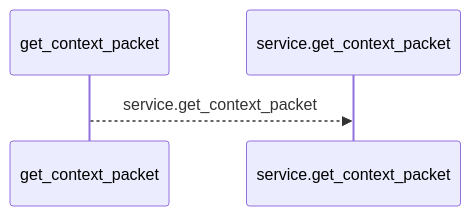
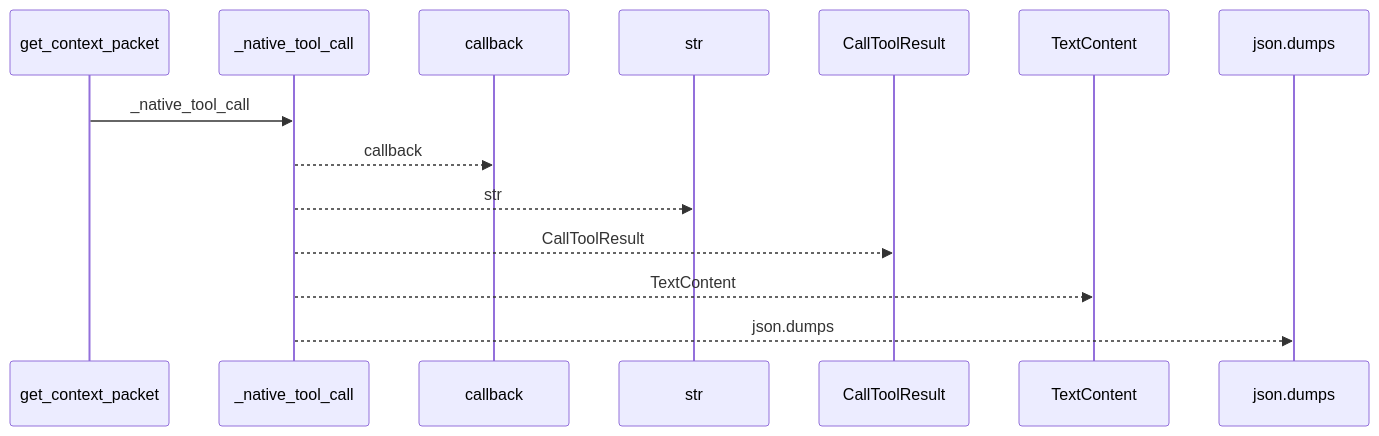
One commit to Denissvgn/python-wiki-llm changed the first of 2 diagrams in docs/llm_wiki/flows/mcp-get_context_packet.md. Above: the diagram before and after it, drawn with Mermaid. The commit also changed other lines of this file and 398 other files, not shown here.

````diff
--- a/docs/llm_wiki/flows/mcp-get_context_packet.md
+++ b/docs/llm_wiki/flows/mcp-get_context_packet.md
@@ -10,6 +10,16 @@
 ```mermaid
 sequenceDiagram
     participant p0 as get_context_packet
-    participant p1 as service.get_context_packet
-    p0-->>p1: service.get_context_packet
+    participant p1 as _native_tool_call
+    participant p2 as callback
+    participant p3 as str
+    participant p4 as CallToolResult
+    participant p5 as TextContent
+    participant p6 as json.dumps
+    p0->>p1: _native_tool_call
+    p1-->>p2: callback
+    p1-->>p3: str
+    p1-->>p4: CallToolResult
+    p1-->>p5: TextContent
+    p1-->>p6: json.dumps
 ```
````
